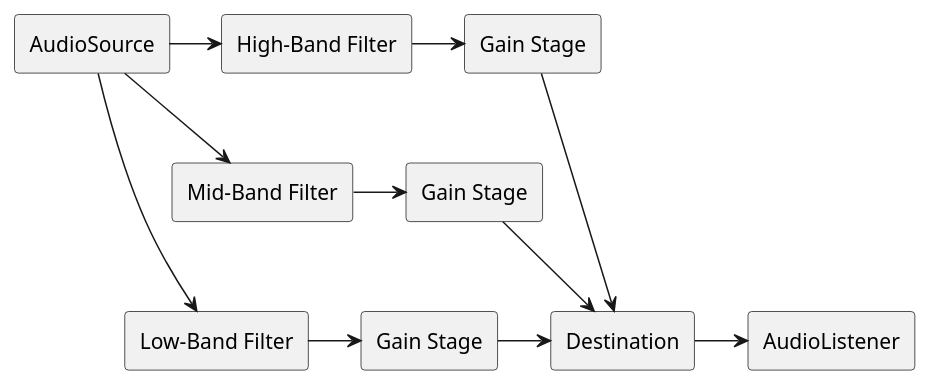
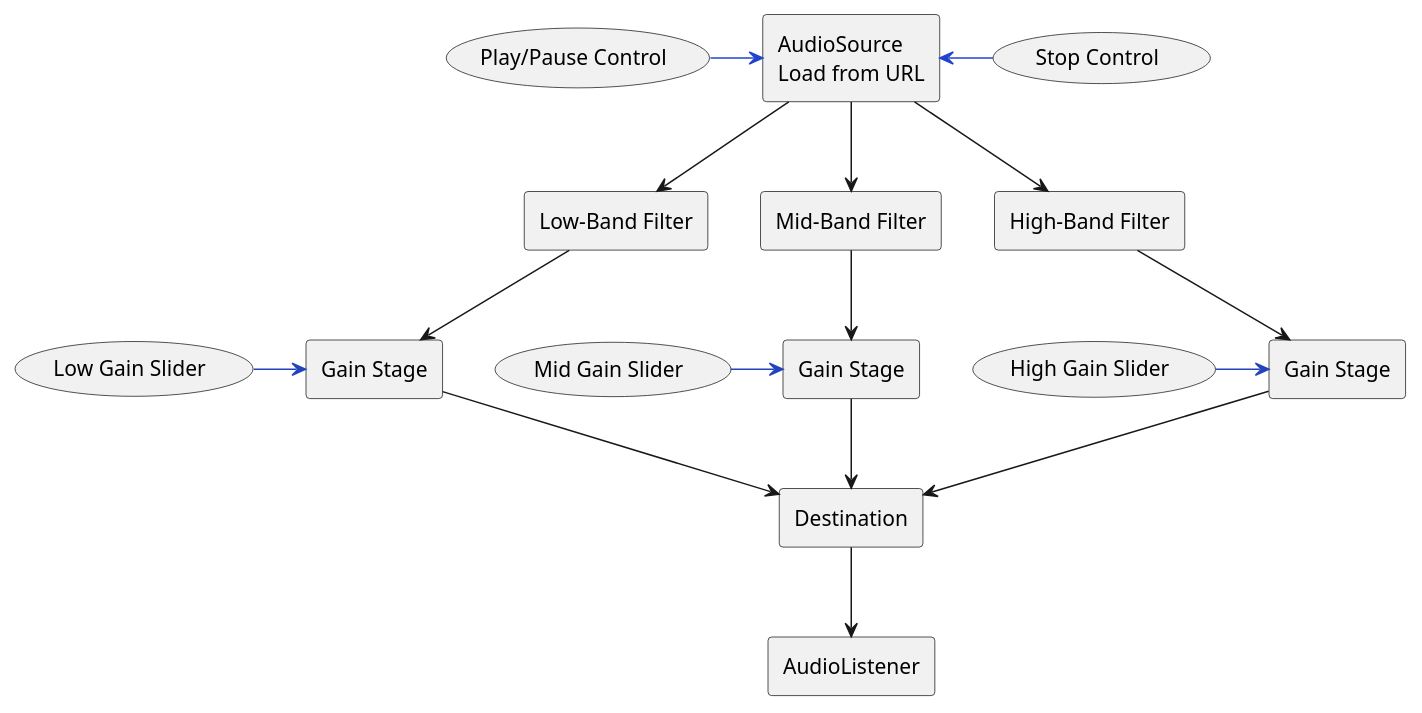
Before and after one commit to theyyg/web3bandeq: the diagram in README.org, drawn with PlantUML. The commit also changed other lines of this file and 6 other files, not shown here.

```diff
--- a/README.org
+++ b/README.org
@@ -62,31 +69,55 @@
-#+begin_src plantuml :file images/signal-arch.png
-  rectangle "AudioSource" as source
+#+begin_src plantuml :file images/signal_arch.png :results export
+  top to bottom direction
+
+  skinparam line {
+    'type polyline
+    type ortho
+  }
+
+  @startuml
+
+  usecase "Play/Pause Control" as play
+  usecase "Stop Control" as stop
+  rectangle "AudioSource\nLoad from URL" as source
   rectangle "Low-Band Filter" as low
+  usecase "Low Gain Slider" as low_slider
   rectangle "Gain Stage" as low_gain
   rectangle "Mid-Band Filter" as mid
+  usecase "Mid Gain Slider" as mid_slider
   rectangle "Gain Stage" as mid_gain
   rectangle "High-Band Filter" as high
+  usecase "High Gain Slider" as high_slider
   rectangle "Gain Stage" as high_gain
   rectangle "Destination" as mixer
   rectangle "AudioListener" as listener
 
-  high -[hidden]d->mid
-  mid -[hidden]d->low
+  
+  play -[#2244CC]r-> source
+  stop -[#2244CC]l-> source
 
-  high_gain -[hidden]d-> mid_gain
-  mid_gain -[hidden]d-> low_gain
+  source --> mid
+  source --> low
+  source --> high
 
-  source -> low
-  source -right-> mid
-  source -> high
+  low --> low_gain
+  low_slider -[#24B]r-> low_gain
+  low_gain -[hidden]r-> mid_slider
 
-  low -> low_gain
-  mid -> mid_gain
-  high -> high_gain
+  mid --> mid_gain
+  mid_slider -[#24B]r-> mid_gain
+  mid_gain -[hidden]r-> high_slider
+  
+  high --> high_gain
+  high_slider -[#24B]r-> high_gain
 
-  low_gain -> mixer
-  mid_gain -right-> mixer
-  high_gain -> mixer
+  low -[hidden]r-> mid
+  mid -[hidden]r-> high
 
-  mixer -> listener
+  low_gain --> mixer
+  mid_gain --> mixer
+  high_gain --> mixer
+
+  mixer --> listener
+
+  @enduml
 #+end_src
```
